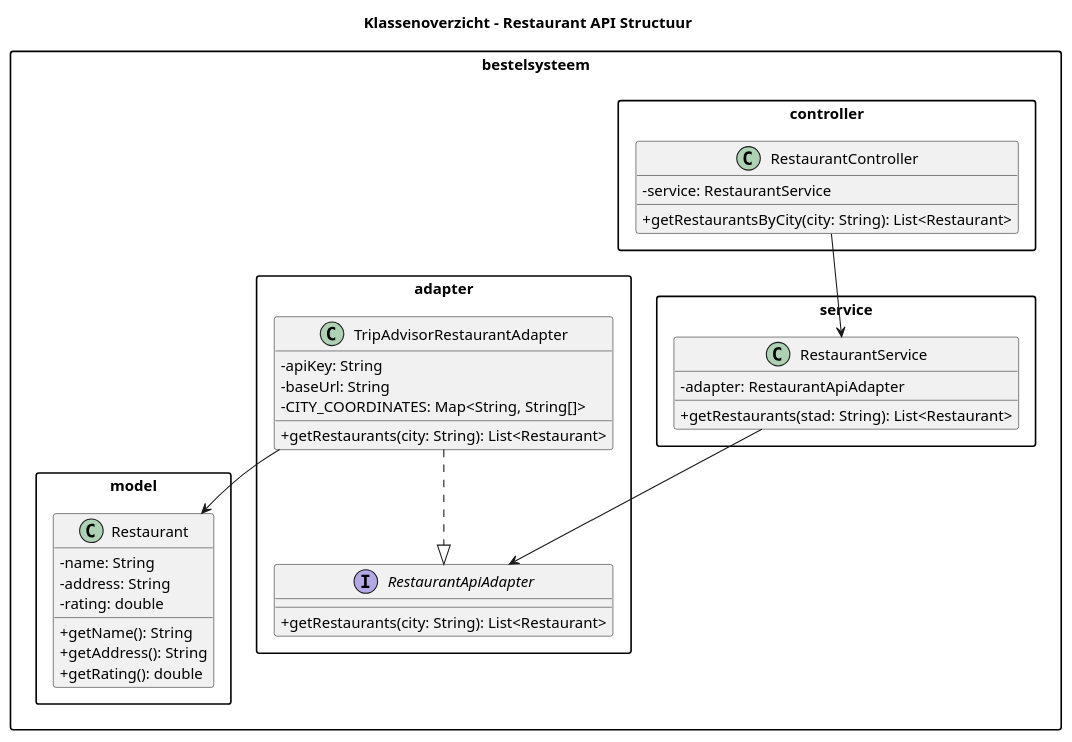
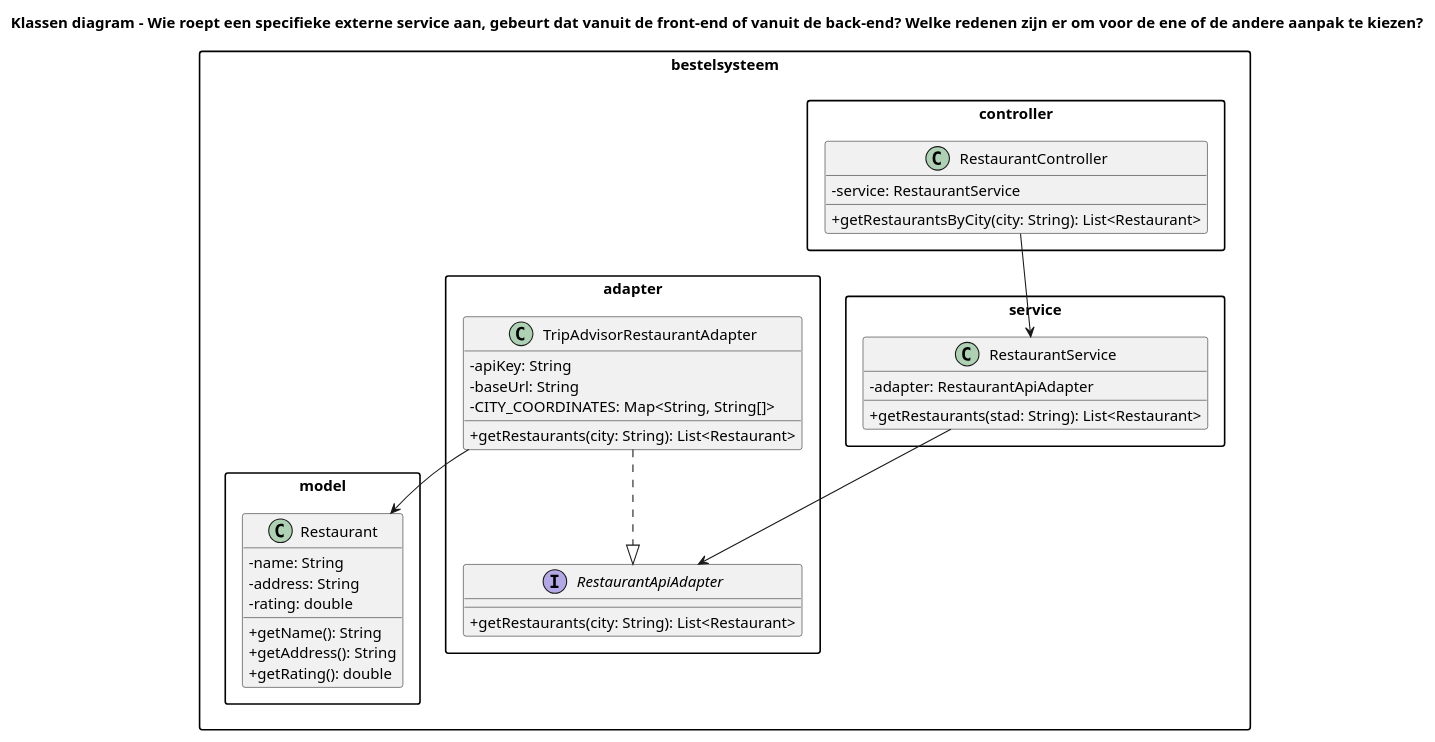
One commit to AIM-ENE-feb25/triptop-groep-b5 changed the diagram in week3/Diagrammen/klassen.plantuml. Above: the diagram before and after it, drawn with PlantUML.

Commit message:
naam veranderen

```diff
--- a/week3/Diagrammen/klassen.plantuml
+++ b/week3/Diagrammen/klassen.plantuml
@@ -1,52 +1,52 @@
 @startuml
 
 skinparam classAttributeIconSize 0
 skinparam packageStyle rectangle
-title Klassenoverzicht - Restaurant API Structuur
+title Klassen diagram - Wie roept een specifieke externe service aan, gebeurt dat vanuit de front-end of vanuit de back-end? Welke redenen zijn er om voor de ene of de andere aanpak te kiezen?
 
 package "bestelsysteem.controller" {
     class RestaurantController {
         -service: RestaurantService
         +getRestaurantsByCity(city: String): List<Restaurant>
     }
 }
 
 package "bestelsysteem.service" {
     class RestaurantService {
         -adapter: RestaurantApiAdapter
         +getRestaurants(stad: String): List<Restaurant>
     }
 }
 
 package "bestelsysteem.adapter" {
     interface RestaurantApiAdapter {
         +getRestaurants(city: String): List<Restaurant>
     }
 
     class TripAdvisorRestaurantAdapter {
         -apiKey: String
         -baseUrl: String
         -CITY_COORDINATES: Map<String, String[]>
         +getRestaurants(city: String): List<Restaurant>
     }
 
     TripAdvisorRestaurantAdapter ..|> RestaurantApiAdapter
 }
 
 package "bestelsysteem.model" {
     class Restaurant {
         -name: String
         -address: String
         -rating: double
         +getName(): String
         +getAddress(): String
         +getRating(): double
     }
 }
 
 ' RELATIES
 RestaurantController --> RestaurantService
 RestaurantService --> RestaurantApiAdapter
 TripAdvisorRestaurantAdapter --> Restaurant
 
 @enduml
```
